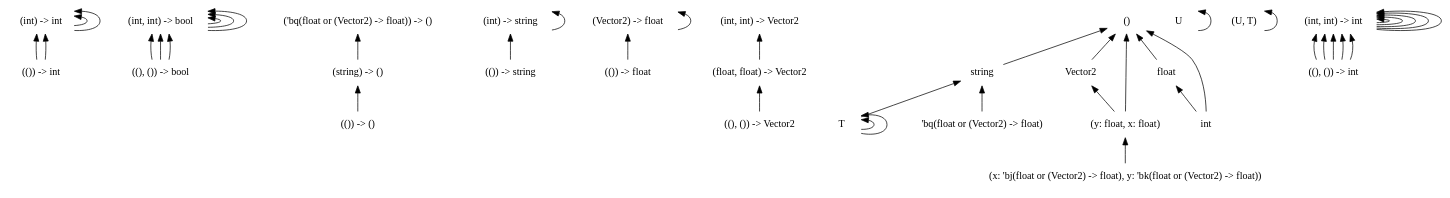
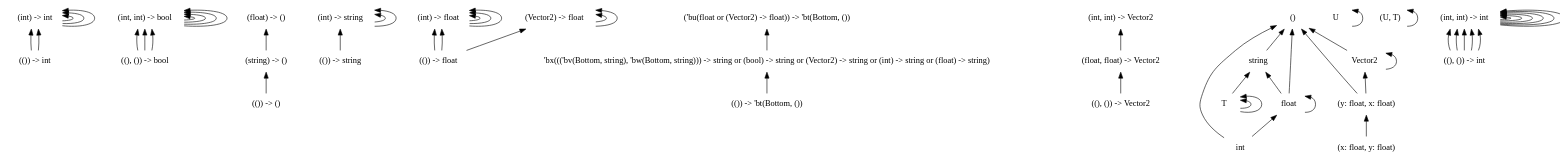
One commit to chocobo333/regino changed the diagram in dots/1.dot. Above: the diagram before and after it, drawn with Graphviz. The commit also changed 6 other files, not shown here.

```diff
--- a/dots/1.dot
+++ b/dots/1.dot
@@ -1,82 +1,98 @@
 digraph order {
   graph [
     size = "30,10"
     ];
   node [
     shape = none
     ];
   edge [
     dir = back
     ];
   "(()) -> int"
   "(int) -> int"
   "((), ()) -> bool"
   "(int, int) -> bool"
   "(()) -> ()"
   "(string) -> ()"
   "(()) -> string"
   "(int) -> string"
   "(()) -> float"
+  "(int) -> float"
+  "(()) -> 'bt(Bottom, ())"
   "(Vector2) -> float"
   "((), ()) -> Vector2"
   "(float, float) -> Vector2"
-  "('bq(float or (Vector2) -> float)) -> ()"
-  "(int, int) -> Vector2"
+  "(float) -> ()"
   "string"
   "Vector2"
+  "('bu(float or (Vector2) -> float)) -> 'bt(Bottom, ())"
+  "(int, int) -> Vector2"
   "(y: float, x: float)"
-  "(x: 'bj(float or (Vector2) -> float), y: 'bk(float or (Vector2) -> float))"
   "T"
   "U"
   "T"
   "T"
   "()"
   "(U, T)"
+  "'bx((('bv(Bottom, string), 'bw(Bottom, string))) -> string or (bool) -> string or (Vector2) -> string or (int) -> string or (float) -> string)"
   "float"
-  "'bq(float or (Vector2) -> float)"
   "int"
   "((), ()) -> int"
   "(int, int) -> int"
   "(float, float) -> Vector2" -> "((), ()) -> Vector2"
   "(int, int) -> Vector2" -> "(float, float) -> Vector2"
   "(int, int) -> int" -> "((), ()) -> int"
   "(int, int) -> int" -> "((), ()) -> int"
   "(int, int) -> int" -> "((), ()) -> int"
+  "(int, int) -> int" -> "(int, int) -> int"
   "(int, int) -> int" -> "((), ()) -> int"
   "(int, int) -> int" -> "((), ()) -> int"
   "(int, int) -> int" -> "(int, int) -> int"
+  "(int) -> int" -> "(int) -> int"
   "(int) -> int" -> "(()) -> int"
   "(int) -> int" -> "(()) -> int"
   "(int) -> int" -> "(int) -> int"
   "(int, int) -> int" -> "(int, int) -> int"
   "(int) -> int" -> "(int) -> int"
   "(int, int) -> int" -> "(int, int) -> int"
   "(int, int) -> bool" -> "((), ()) -> bool"
+  "(int, int) -> bool" -> "(int, int) -> bool"
   "(int, int) -> bool" -> "((), ()) -> bool"
   "(int, int) -> bool" -> "((), ()) -> bool"
   "(int, int) -> bool" -> "(int, int) -> bool"
   "(int, int) -> bool" -> "(int, int) -> bool"
   "(int) -> string" -> "(()) -> string"
   "(int) -> string" -> "(int) -> string"
+  "(int) -> string" -> "(int) -> string"
   "(string) -> ()" -> "(()) -> ()"
   "string" -> "T"
-  "string" -> "'bq(float or (Vector2) -> float)"
+  "string" -> "float"
+  "Vector2" -> "Vector2"
   "Vector2" -> "(y: float, x: float)"
-  "('bq(float or (Vector2) -> float)) -> ()" -> "(string) -> ()"
+  "(float) -> ()" -> "(string) -> ()"
   "(int, int) -> bool" -> "(int, int) -> bool"
   "(int, int) -> int" -> "(int, int) -> int"
   "(int, int) -> int" -> "(int, int) -> int"
-  "(y: float, x: float)" -> "(x: 'bj(float or (Vector2) -> float), y: 'bk(float or (Vector2) -> float))"
+  "(int) -> float" -> "(()) -> float"
+  "(int) -> float" -> "(()) -> float"
+  "(int) -> float" -> "(int) -> float"
+  "(int) -> float" -> "(int) -> float"
+  "(int) -> float" -> "(int) -> float"
+  "('bu(float or (Vector2) -> float)) -> 'bt(Bottom, ())" -> "'bx((('bv(Bottom, string), 'bw(Bottom, string))) -> string or (bool) -> string or (Vector2) -> string or (int) -> string or (float) -> string)"
+  "(y: float, x: float)" -> "(x: float, y: float)"
   "T" -> "T"
   "U" -> "U"
   "T" -> "T"
   "()" -> "string"
   "()" -> "Vector2"
   "()" -> "(y: float, x: float)"
   "()" -> "float"
   "()" -> "int"
   "(U, T)" -> "(U, T)"
+  "'bx((('bv(Bottom, string), 'bw(Bottom, string))) -> string or (bool) -> string or (Vector2) -> string or (int) -> string or (float) -> string)" -> "(()) -> 'bt(Bottom, ())"
+  "float" -> "float"
   "float" -> "int"
   "(Vector2) -> float" -> "(()) -> float"
   "(Vector2) -> float" -> "(Vector2) -> float"
+  "(Vector2) -> float" -> "(Vector2) -> float"
 }
```
